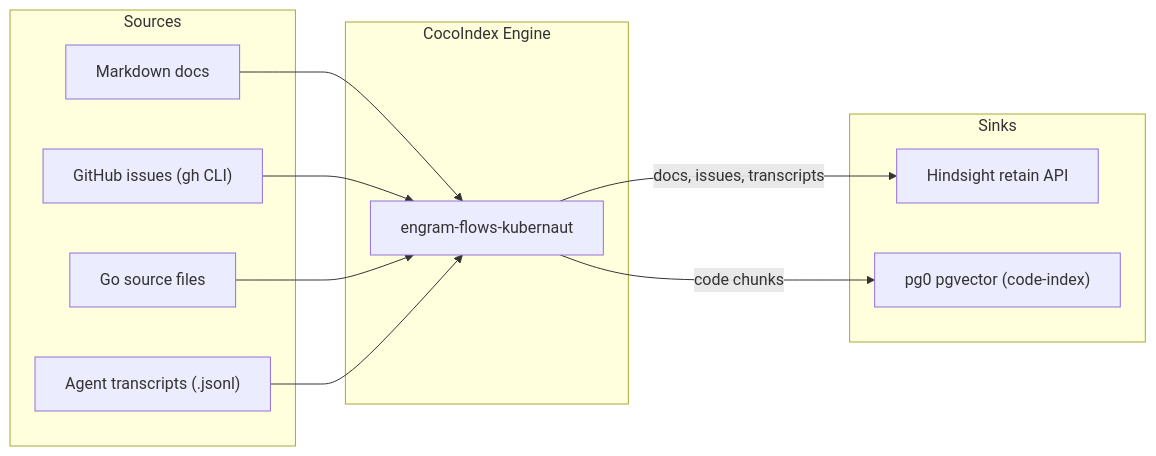
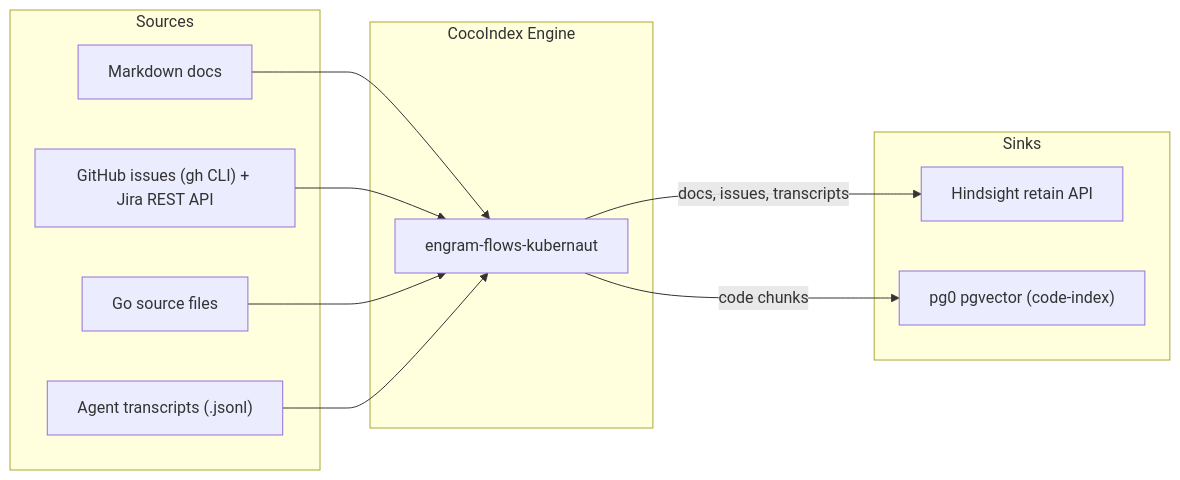
The diagram in docs/COCOINDEX.md (jordigilh/engram), drawn with Mermaid before and after one commit. The commit also changed other lines of this file and 68 other files, not shown here.

````diff
--- a/docs/COCOINDEX.md
+++ b/docs/COCOINDEX.md
@@ -15,25 +19,25 @@
 ```mermaid
 flowchart LR
     subgraph sources["Sources"]
         docs["Markdown docs"]
-        issues["GitHub issues (gh CLI)"]
+        issues["GitHub issues (gh CLI) + Jira REST API"]
         code["Go source files"]
         transcripts["Agent transcripts (.jsonl)"]
     end
 
     subgraph cocoindex["CocoIndex Engine"]
         flows["engram-flows-kubernaut"]
     end
 
     subgraph sinks["Sinks"]
         hindsight["Hindsight retain API"]
         pgvector["pg0 pgvector (code-index)"]
     end
 
     docs --> flows
     issues --> flows
     code --> flows
     transcripts --> flows
     flows -->|"docs, issues, transcripts"| hindsight
     flows -->|"code chunks"| pgvector
 ```
````
